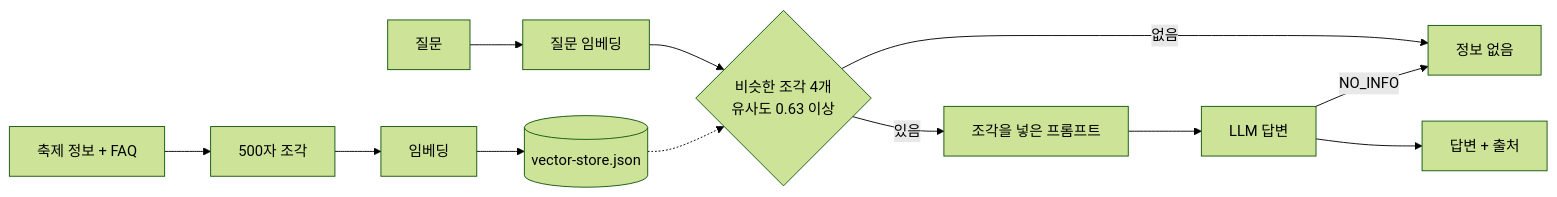
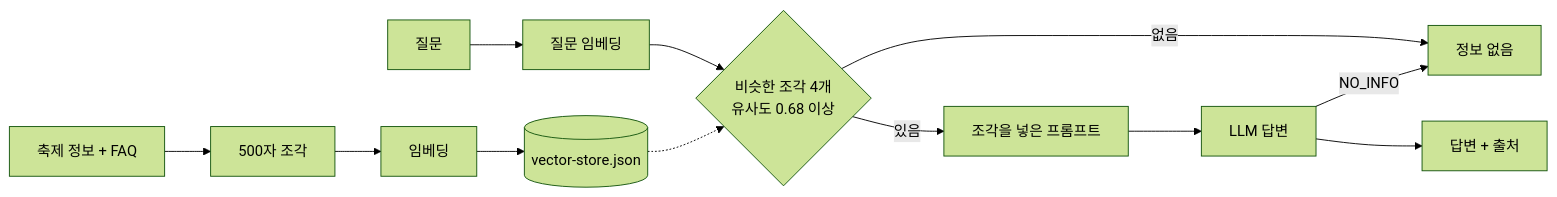
Before and after one commit to sonjoohee/festival_ai: the diagram in README.md, drawn with Mermaid (forest theme). The commit also changed other lines of this file and 1 other file, not shown here.

````diff
--- a/README.md
+++ b/README.md
@@ -52,9 +54,9 @@
 ```mermaid
 flowchart LR
     A[축제 정보 + FAQ] --> B[500자 조각] --> C[임베딩] --> D[(vector-store.json)]
-    Q[질문] --> E[질문 임베딩] --> F{비슷한 조각 4개<br/>유사도 0.63 이상}
+    Q[질문] --> E[질문 임베딩] --> F{비슷한 조각 4개<br/>유사도 0.68 이상}
     D -.-> F
     F -- 없음 --> N[정보 없음]
     F -- 있음 --> G[조각을 넣은 프롬프트] --> H[LLM 답변] --> R[답변 + 출처]
     H -- NO_INFO --> N
 ```
````
